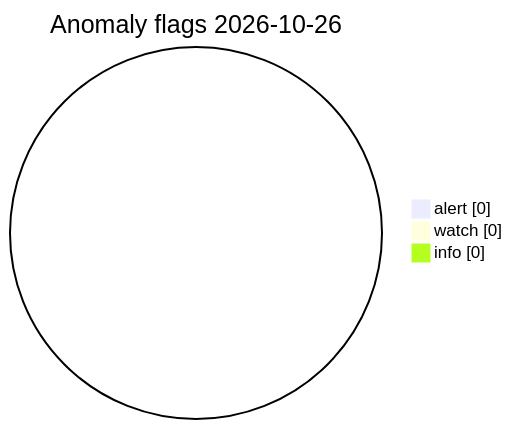
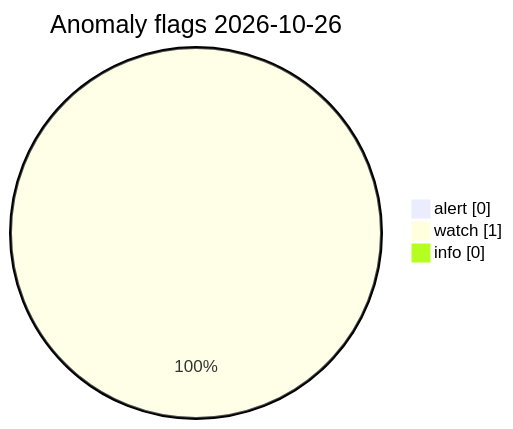
One commit to Midwest-Stratospheric/Unified-Open-Global-Weather changed the diagram in visuals/latest/CHARTS.md. Above: the diagram before and after it, drawn with Mermaid. The commit also changed other lines of this file and 13 other files, not shown here.

Commit message:
data(visuals): automated charts 2026-10-26T16:15Z

````diff
--- a/visuals/latest/CHARTS.md
+++ b/visuals/latest/CHARTS.md
@@ -73,7 +73,7 @@
 ```mermaid
 pie showData
   title Anomaly flags 2026-10-26
   "alert" : 0
-  "watch" : 0
+  "watch" : 1
   "info" : 0
 ```
````
